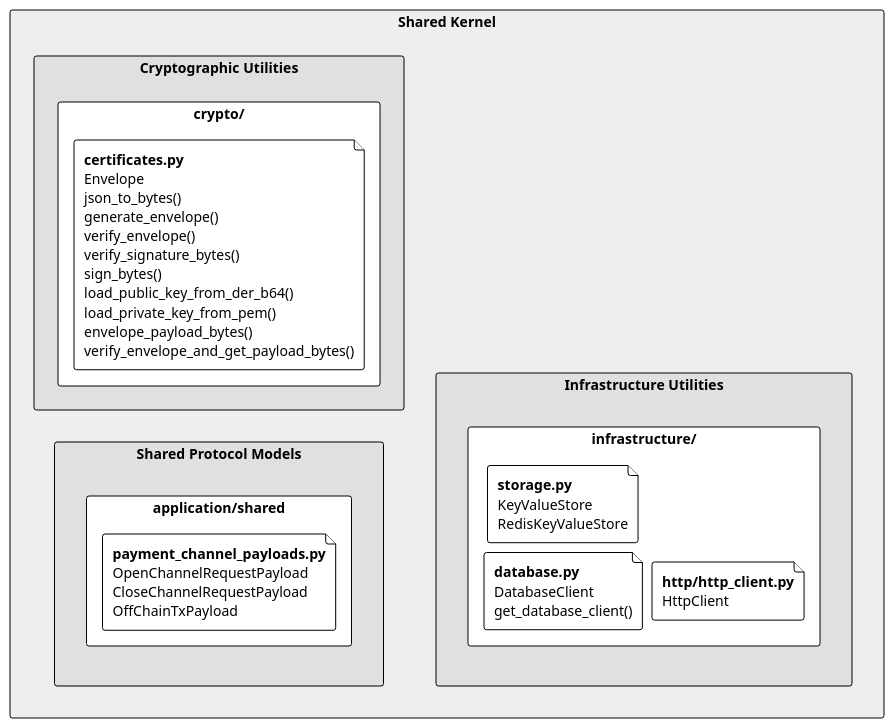
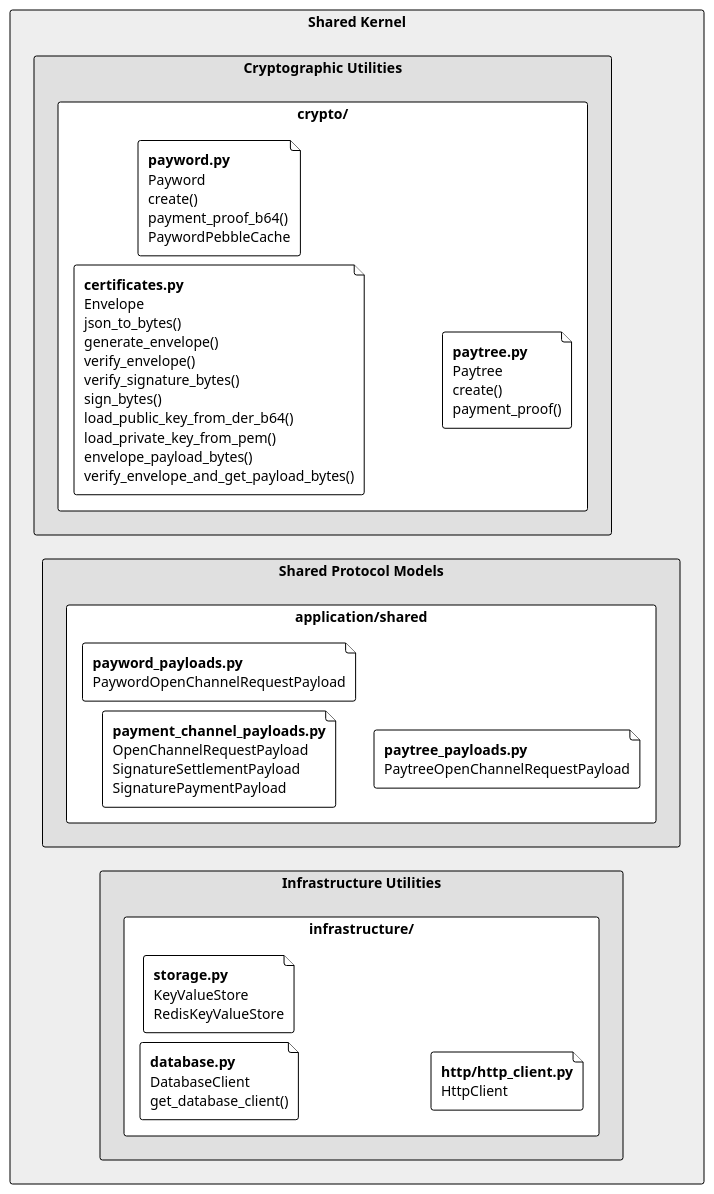
One commit to otaviootavio/nanomoni changed the diagram in umls/core.puml. Above: the diagram before and after it, drawn with PlantUML. The commit also changed 73 other files, not shown here.

First line of the commit message:
Refactor payment channel handling and update terminology

```diff
--- a/umls/core.puml
+++ b/umls/core.puml
@@ -1,39 +1,43 @@
 @startuml Shared_Kernel_Compact
 
 !theme plain
 left to right direction
 skinparam backgroundColor white
 skinparam componentStyle rectangle
 skinparam padding 0
 skinparam BoxPadding 2
 skinparam RectanglePadding 3
 skinparam RectangleBorderThickness 1
 skinparam Shadowing false
 skinparam Nodesep 10
 skinparam Ranksep 10
 
 rectangle "Shared Kernel" #EEEEEE {
     rectangle "Cryptographic Utilities" as crypto #E0E0E0 {
         rectangle "crypto/" {
             file "**certificates.py**\nEnvelope\njson_to_bytes()\ngenerate_envelope()\nverify_envelope()\nverify_signature_bytes()\nsign_bytes()\nload_public_key_from_der_b64()\nload_private_key_from_pem()\nenvelope_payload_bytes()\nverify_envelope_and_get_payload_bytes()"
+            file "**payword.py**\nPayword\ncreate()\npayment_proof_b64()\nPaywordPebbleCache"
+            file "**paytree.py**\nPaytree\ncreate()\npayment_proof()"
         }
     }
 
     rectangle "Shared Protocol Models" as proto #E0E0E0 {
         rectangle "application/shared" {
-            file "**payment_channel_payloads.py**\nOpenChannelRequestPayload\nCloseChannelRequestPayload\nOffChainTxPayload"
+            file "**payment_channel_payloads.py**\nOpenChannelRequestPayload\nSignatureSettlementPayload\nSignaturePaymentPayload"
+            file "**payword_payloads.py**\nPaywordOpenChannelRequestPayload"
+            file "**paytree_payloads.py**\nPaytreeOpenChannelRequestPayload"
         }
     }
     
     rectangle "Infrastructure Utilities" as infra #E0E0E0 {
         rectangle "infrastructure/" {
             file "**database.py**\nDatabaseClient\nget_database_client()"
             file "**storage.py**\nKeyValueStore\nRedisKeyValueStore"
             file "**http/http_client.py**\nHttpClient"
         }
     }
     
-    proto -[hidden]down-> infra
+    
 }
 
 @enduml
```
